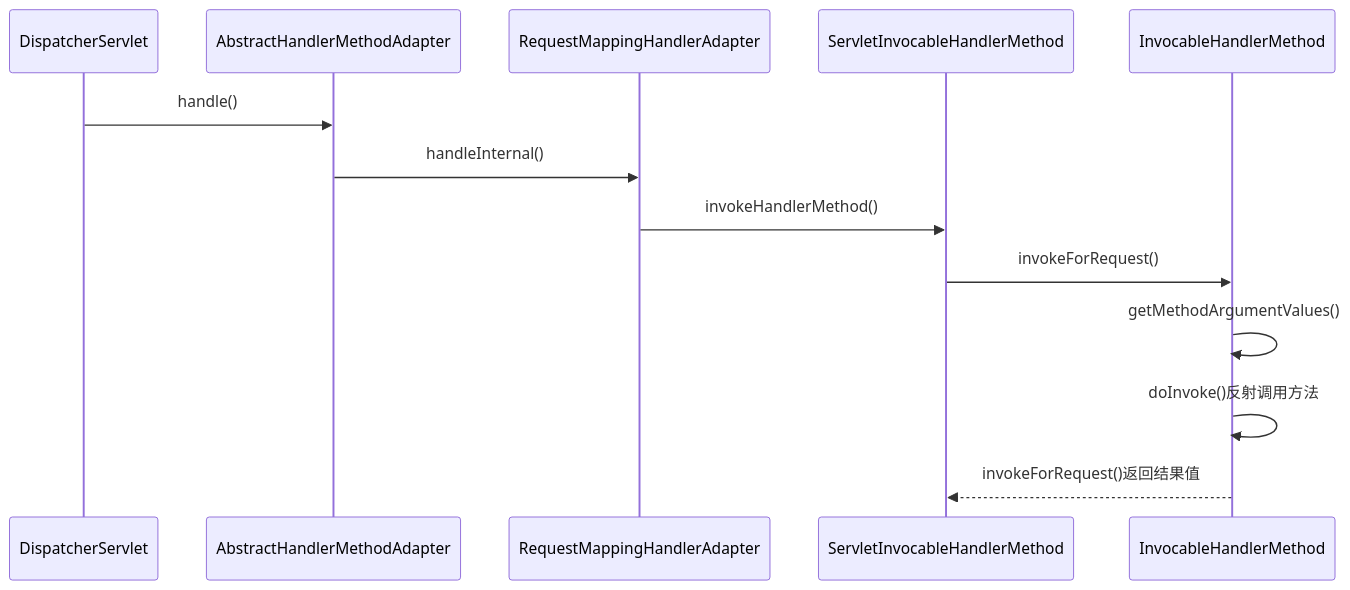
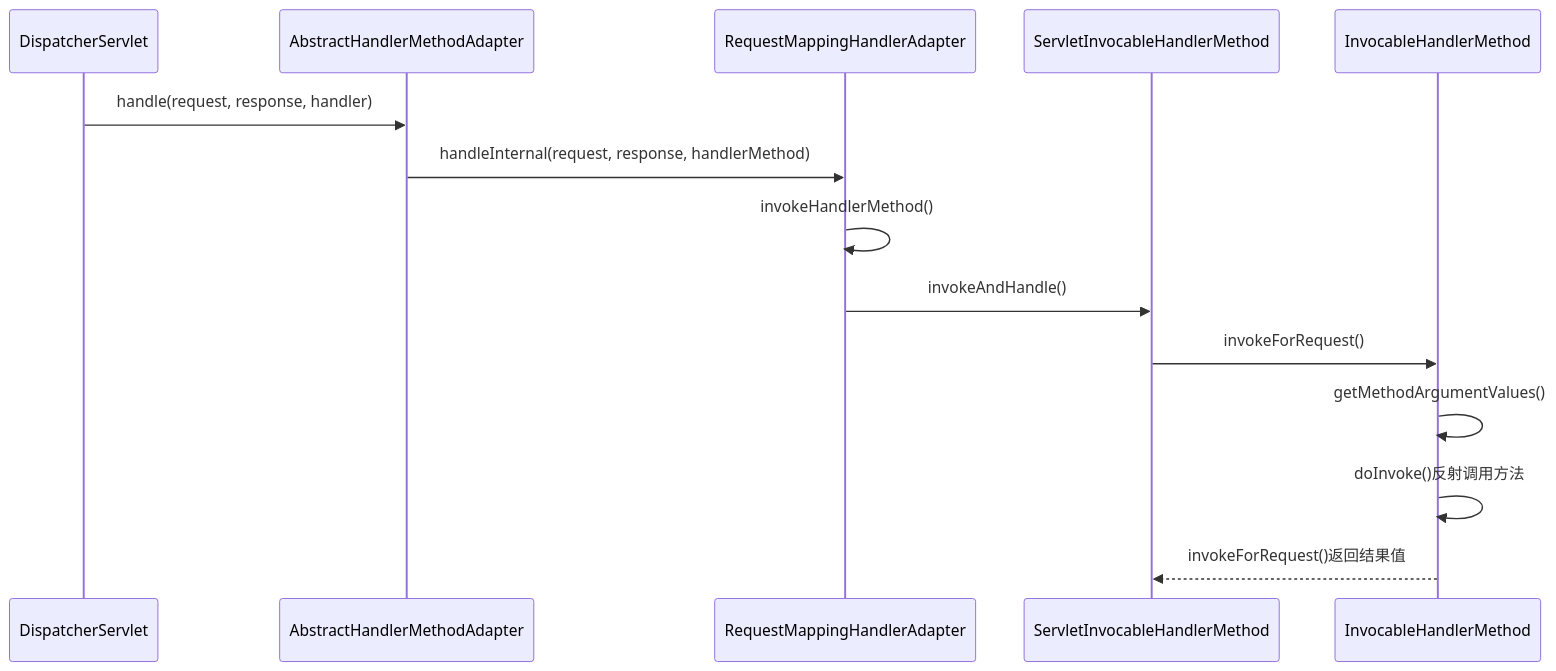
Before and after one commit to onlyonion/development: the diagram in 20-framework/src/spring/spring-webmvc/HandlerAdapter.md, drawn with Mermaid. The commit also changed 51 other files, not shown here.

````diff
--- a/20-framework/src/spring/spring-webmvc/HandlerAdapter.md
+++ b/20-framework/src/spring/spring-webmvc/HandlerAdapter.md
@@ -25,16 +25,17 @@
 ```mermaid
 sequenceDiagram
     %% 请求传递到适配器
-    DispatcherServlet->>AbstractHandlerMethodAdapter:handle()
-    AbstractHandlerMethodAdapter->>RequestMappingHandlerAdapter:handleInternal()
+    DispatcherServlet->>AbstractHandlerMethodAdapter:handle(request, response, handler)
+    AbstractHandlerMethodAdapter->>RequestMappingHandlerAdapter:handleInternal(request, response, handlerMethod)
+    RequestMappingHandlerAdapter->>RequestMappingHandlerAdapter:invokeHandlerMethod()
     
     %% 适配器调用处理方法
-    RequestMappingHandlerAdapter->>ServletInvocableHandlerMethod:invokeHandlerMethod()
+    RequestMappingHandlerAdapter->>ServletInvocableHandlerMethod:invokeAndHandle()
     
     %% 调用并处理
     ServletInvocableHandlerMethod->>InvocableHandlerMethod:invokeForRequest()
     InvocableHandlerMethod->>InvocableHandlerMethod:getMethodArgumentValues()
     InvocableHandlerMethod->>InvocableHandlerMethod:doInvoke()反射调用方法
 
     InvocableHandlerMethod-->>ServletInvocableHandlerMethod:invokeForRequest()返回结果值
 ```
````
